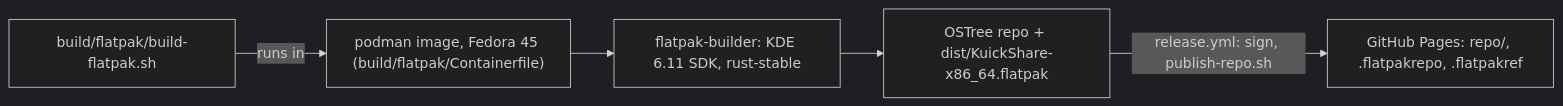
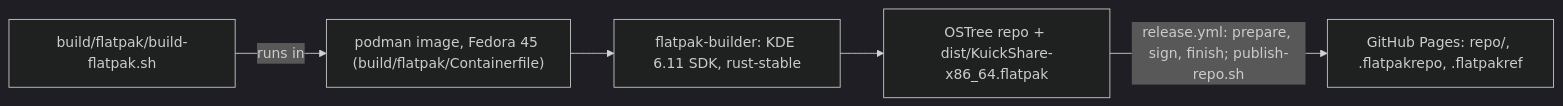
One commit to the-beper/KuickShare changed the fifth of 5 diagrams in docs/architecture.md. Above: the diagram before and after it, drawn with Mermaid (dark theme). The commit also changed other lines of this file and 3 other files, not shown here.

First line of the commit message:
Release: prepare, sign and finish as three jobs, docs

````diff
--- a/docs/architecture.md
+++ b/docs/architecture.md
@@ -474,7 +474,7 @@
 ```mermaid
 flowchart LR
     A["build/flatpak/build-flatpak.sh"] -->|"runs in"| B["podman image, Fedora 45 (build/flatpak/Containerfile)"]
     B --> C["flatpak-builder: KDE 6.11 SDK, rust-stable"]
     C --> D["OSTree repo + dist/KuickShare-x86_64.flatpak"]
-    D -->|"release.yml: sign, publish-repo.sh"| E["GitHub Pages: repo/, .flatpakrepo, .flatpakref"]
+    D -->|"release.yml: prepare, sign, finish; publish-repo.sh"| E["GitHub Pages: repo/, .flatpakrepo, .flatpakref"]
 ```
````
